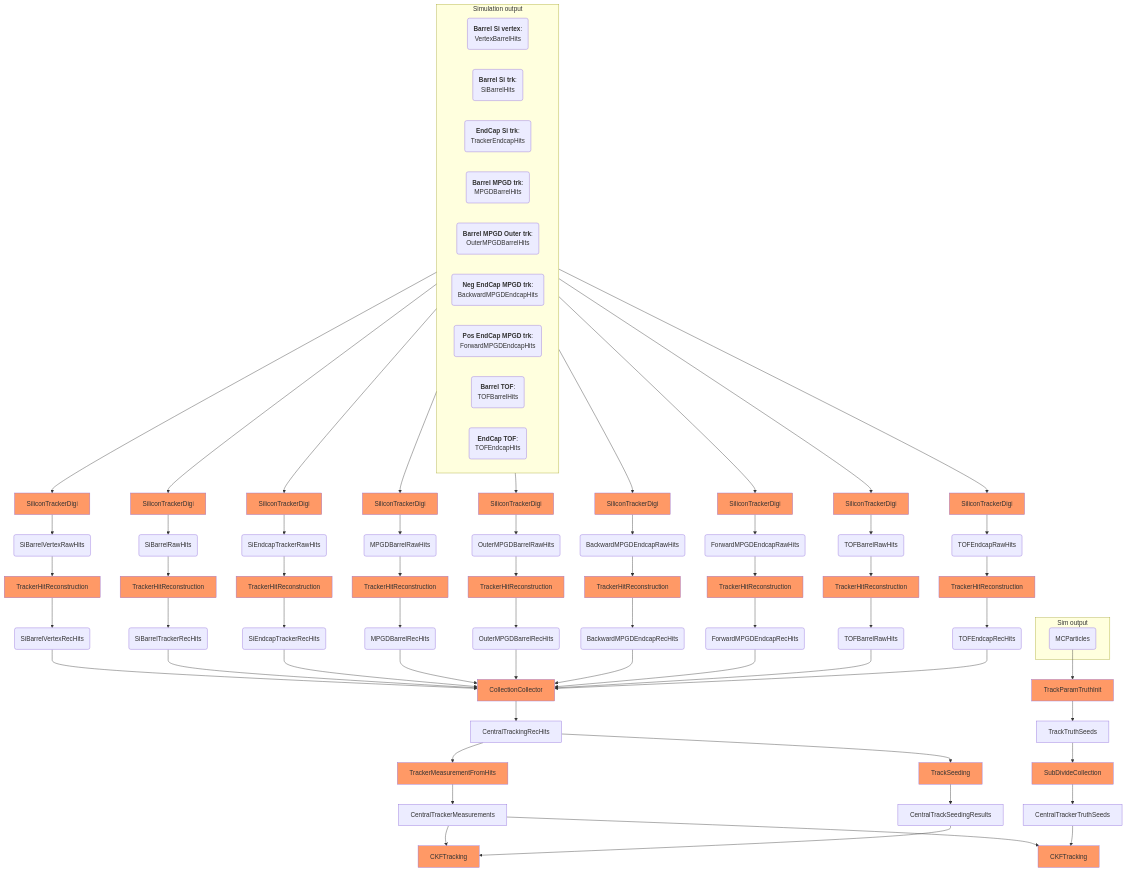
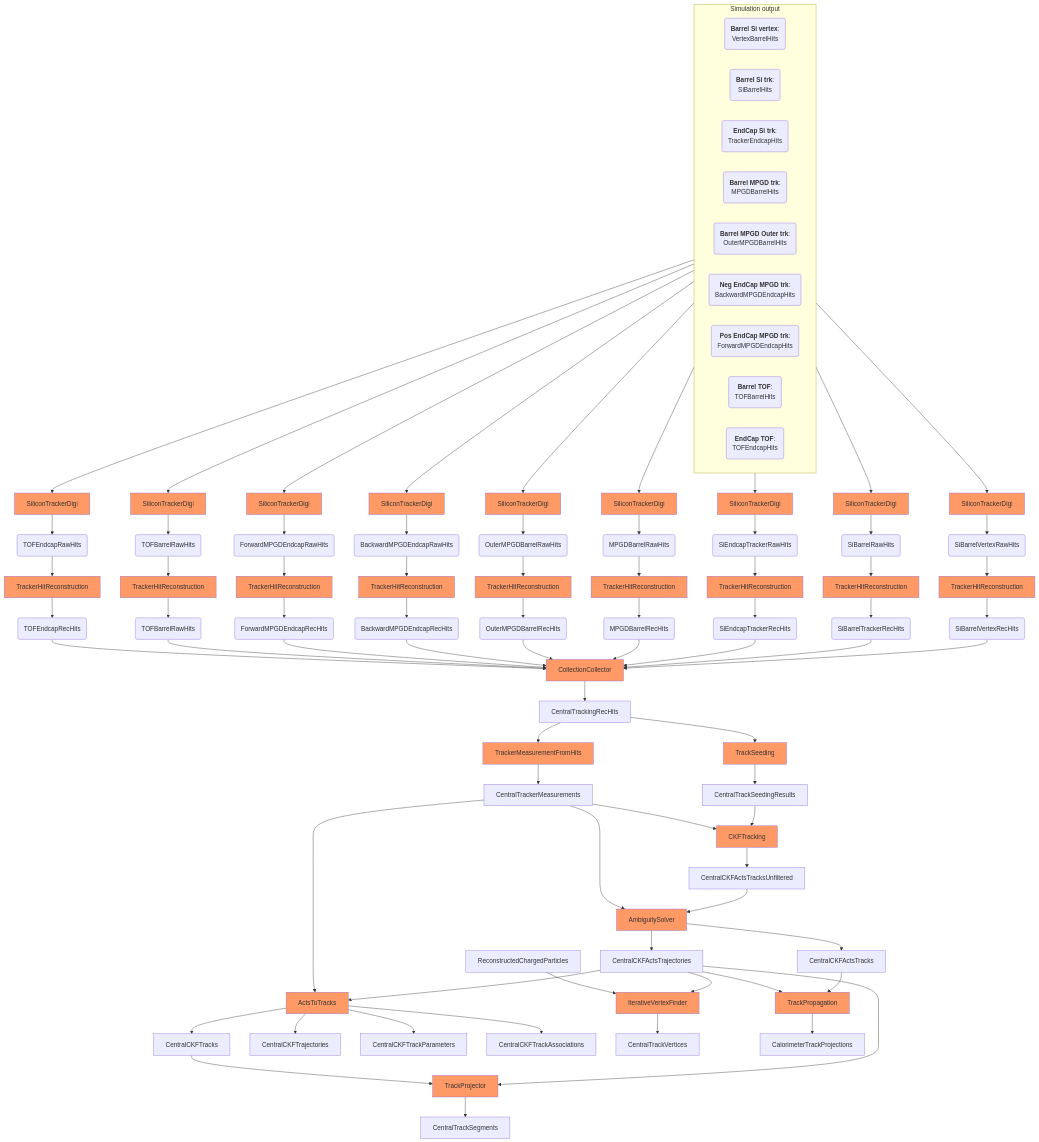
Before and after one commit to eic/EICrecon: the second of 2 diagrams in docs/design/tracking.md, drawn with Mermaid. The commit also changed other lines of this file, not shown here.

````diff
--- a/docs/design/tracking.md
+++ b/docs/design/tracking.md
@@ -128,27 +126,41 @@
   CentralTrackingRecHits --> TrackerHitsConverter[TrackerMeasurementFromHits]:::alg
   TrackerHitsConverter --> TrackerHitsOnSurface[CentralTrackerMeasurements]
 
+  TrackSeeding --> SeedParameters[CentralTrackSeedingResults]
   CentralTrackingRecHits --> TrackSeeding[TrackSeeding]:::alg
-  TrackSeeding --> SeedParameters[CentralTrackSeedingResults]
 
   CKFTracking:::alg
+  SeedParameters --> CKFTracking
   TrackerHitsOnSurface --> CKFTracking
-  SeedParameters --> CKFTracking
+  CKFTracking --> UnfilteredActsTracks[CentralCKFActsTracksUnfiltered]
 
-  subgraph Sim output
-    MCParticles(MCParticles)
-  end
+  AmbiguitySolver:::alg
+  UnfilteredActsTracks --> AmbiguitySolver
+  TrackerHitsOnSurface --> AmbiguitySolver
+  AmbiguitySolver --> CentralCKFActsTracks
+  AmbiguitySolver --> CentralCKFActsTrajectories
 
-  MCParticles --> TrackParamTruthInit[TrackParamTruthInit]:::alg
-  TrackParamTruthInit --> TrackTruthSeeds
+  ActsToTracks:::alg
+  CentralCKFActsTrajectories --> ActsToTracks
+  TrackerHitsOnSurface --> ActsToTracks
+  ActsToTracks --> CentralCKFTracks
+  ActsToTracks --> CentralCKFTrajectories
+  ActsToTracks --> CentralCKFTrackParameters
+  ActsToTracks --> CentralCKFTrackAssociations
 
-  TrackTruthSeeds --> SubDivideCollection:::alg
-  SubDivideCollection --> CentralTrackerTruthSeeds
+  TrackProjector:::alg
+  CentralCKFActsTrajectories --> TrackProjector
+  CentralCKFTracks --> TrackProjector
+  TrackProjector --> CentralTrackSegments
 
-  CKFTrackingTruthSeeded[CKFTracking]:::alg
+  IterativeVertexFinder:::alg
+  CentralCKFActsTrajectories --> IterativeVertexFinder
+  ReconstructedChargedParticles --> IterativeVertexFinder
+  IterativeVertexFinder --> CentralTrackVertices
 
-  TrackerHitsOnSurface --> CKFTrackingTruthSeeded
-  CentralTrackerTruthSeeds --> CKFTrackingTruthSeeded
-  
+  TrackPropagation:::alg
+  CentralCKFActsTracks --> TrackPropagation
+  CentralCKFActsTrajectories --> TrackPropagation
+  TrackPropagation --> CalorimeterTrackProjections
 
 ```
````
